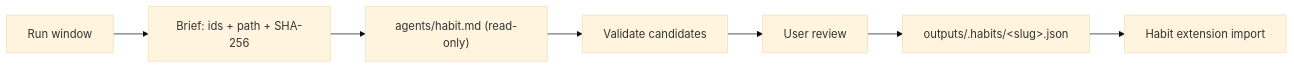
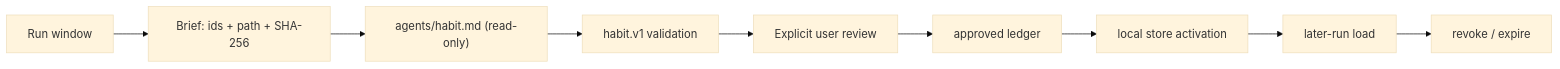
Before and after one commit to adeerkhan/vitruvius: the diagram in skills/habit/SKILL.md, drawn with Mermaid (base theme). The commit also changed other lines of this file and 3 other files, not shown here.

````diff
--- a/skills/habit/SKILL.md
+++ b/skills/habit/SKILL.md
@@ -28,9 +29,11 @@
 ```mermaid
 flowchart LR
     Window["Run window"] --> Brief["Brief: ids + path + SHA-256"]
     Brief --> Habit["agents/habit.md (read-only)"]
-    Habit --> Validate["Validate candidates"]
-    Validate --> Review["User review"]
-    Review --> Ledger["outputs/.habits/&lt;slug&gt;.json"]
-    Ledger --> Ext["Habit extension import"]
+    Habit --> Validate["habit.v1 validation"]
+    Validate --> Review["Explicit user review"]
+    Review --> Approve["approved ledger"]
+    Approve --> Activate["local store activation"]
+    Activate --> Later["later-run load"]
+    Later --> Revoke["revoke / expire"]
 ```
````
